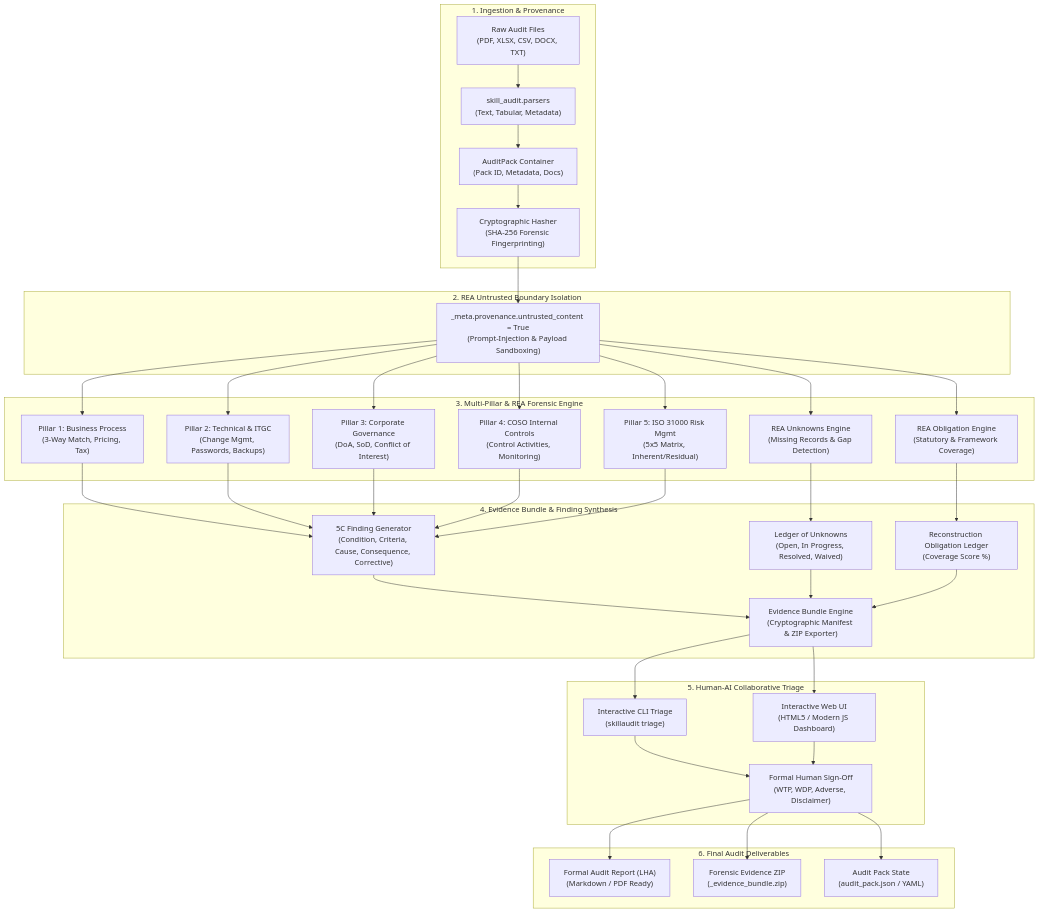
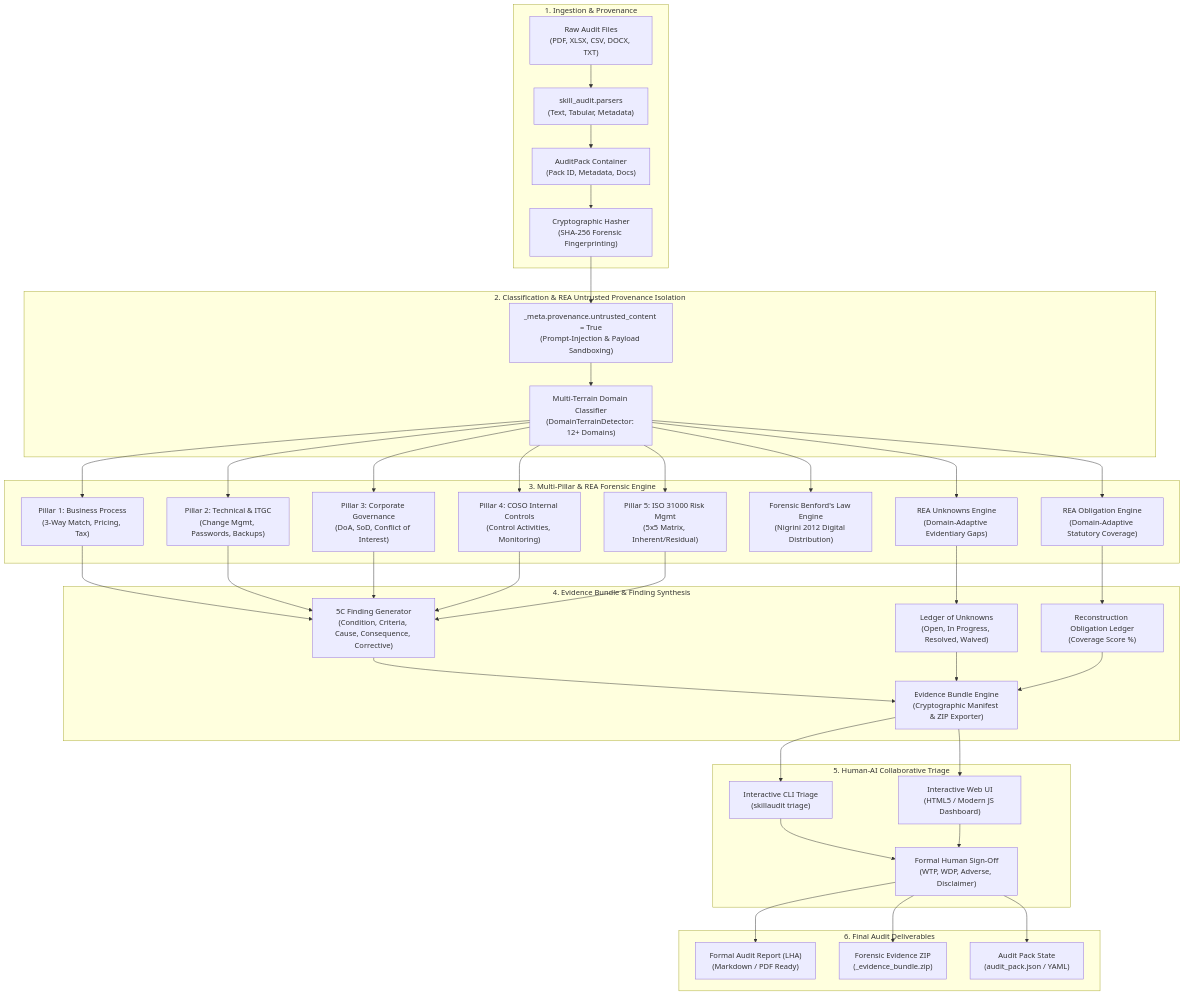
The first of 2 diagrams in ARCHITECTURE.md (BBB30011/audit_anything), drawn with Mermaid before and after one commit. The commit also changed 14 other files, not shown here.

Commit message:
feat: implement universal multi-terrain auditing (Segala Medan), Benford digital forensics, and terrain classification

````diff
--- a/ARCHITECTURE.md
+++ b/ARCHITECTURE.md
@@ -11,41 +11,43 @@
 ```mermaid
 flowchart TD
     subgraph INGESTION ["1. Ingestion & Provenance"]
         DOCS["Raw Audit Files\n(PDF, XLSX, CSV, DOCX, TXT)"] --> PARSERS["skill_audit.parsers\n(Text, Tabular, Metadata)"]
         PARSERS --> PACK["AuditPack Container\n(Pack ID, Metadata, Docs)"]
         PACK --> SHA["Cryptographic Hasher\n(SHA-256 Forensic Fingerprinting)"]
     end
 
-    subgraph ISOLATION ["2. REA Untrusted Boundary Isolation"]
+    subgraph ISOLATION ["2. Classification & REA Untrusted Provenance Isolation"]
         SHA --> UNTRUSTED["_meta.provenance.untrusted_content = True\n(Prompt-Injection & Payload Sandboxing)"]
+        UNTRUSTED --> CLASSIFIER["Multi-Terrain Domain Classifier\n(DomainTerrainDetector: 12+ Domains)"]
     end
 
     subgraph ANALYZERS ["3. Multi-Pillar & REA Forensic Engine"]
-        UNTRUSTED --> P1["Pillar 1: Business Process\n(3-Way Match, Pricing, Tax)"]
-        UNTRUSTED --> P2["Pillar 2: Technical & ITGC\n(Change Mgmt, Passwords, Backups)"]
-        UNTRUSTED --> P3["Pillar 3: Corporate Governance\n(DoA, SoD, Conflict of Interest)"]
-        UNTRUSTED --> P4["Pillar 4: COSO Internal Controls\n(Control Activities, Monitoring)"]
-        UNTRUSTED --> P5["Pillar 5: ISO 31000 Risk Mgmt\n(5x5 Matrix, Inherent/Residual)"]
-        UNTRUSTED --> REA_UNK["REA Unknowns Engine\n(Missing Records & Gap Detection)"]
-        UNTRUSTED --> REA_OBL["REA Obligation Engine\n(Statutory & Framework Coverage)"]
+        CLASSIFIER --> P1["Pillar 1: Business Process\n(3-Way Match, Pricing, Tax)"]
+        CLASSIFIER --> P2["Pillar 2: Technical & ITGC\n(Change Mgmt, Passwords, Backups)"]
+        CLASSIFIER --> P3["Pillar 3: Corporate Governance\n(DoA, SoD, Conflict of Interest)"]
+        CLASSIFIER --> P4["Pillar 4: COSO Internal Controls\n(Control Activities, Monitoring)"]
+        CLASSIFIER --> P5["Pillar 5: ISO 31000 Risk Mgmt\n(5x5 Matrix, Inherent/Residual)"]
+        CLASSIFIER --> BENFORD["Forensic Benford's Law Engine\n(Nigrini 2012 Digital Distribution)"]
+        CLASSIFIER --> REA_UNK["REA Unknowns Engine\n(Domain-Adaptive Evidentiary Gaps)"]
+        CLASSIFIER --> REA_OBL["REA Obligation Engine\n(Domain-Adaptive Statutory Coverage)"]
     end
 
     subgraph SYNTHESIS ["4. Evidence Bundle & Finding Synthesis"]
         P1 & P2 & P3 & P4 & P5 --> FINDINGS["5C Finding Generator\n(Condition, Criteria, Cause, Consequence, Corrective)"]
         REA_UNK --> UNK_LEDGER["Ledger of Unknowns\n(Open, In Progress, Resolved, Waived)"]
         REA_OBL --> OBL_LEDGER["Reconstruction Obligation Ledger\n(Coverage Score %)"]
         FINDINGS & UNK_LEDGER & OBL_LEDGER --> BUNDLE["Evidence Bundle Engine\n(Cryptographic Manifest & ZIP Exporter)"]
     end
 
     subgraph TRIAGE ["5. Human-AI Collaborative Triage"]
         BUNDLE --> CLI_TRIAGE["Interactive CLI Triage\n(skillaudit triage)"]
         BUNDLE --> WEB_TRIAGE["Interactive Web UI\n(HTML5 / Modern JS Dashboard)"]
         CLI_TRIAGE & WEB_TRIAGE --> SIGNOFF["Formal Human Sign-Off\n(WTP, WDP, Adverse, Disclaimer)"]
     end
 
     subgraph DELIVERABLES ["6. Final Audit Deliverables"]
         SIGNOFF --> MD_REPORT["Formal Audit Report (LHA)\n(Markdown / PDF Ready)"]
         SIGNOFF --> ZIP_BUNDLE["Forensic Evidence ZIP\n(_evidence_bundle.zip)"]
         SIGNOFF --> AUDIT_JSON["Audit Pack State\n(audit_pack.json / YAML)"]
     end
 ```
````
